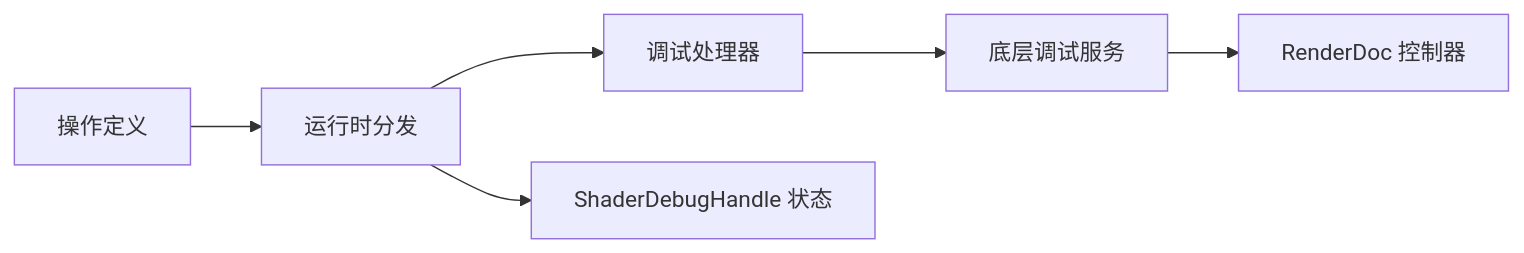
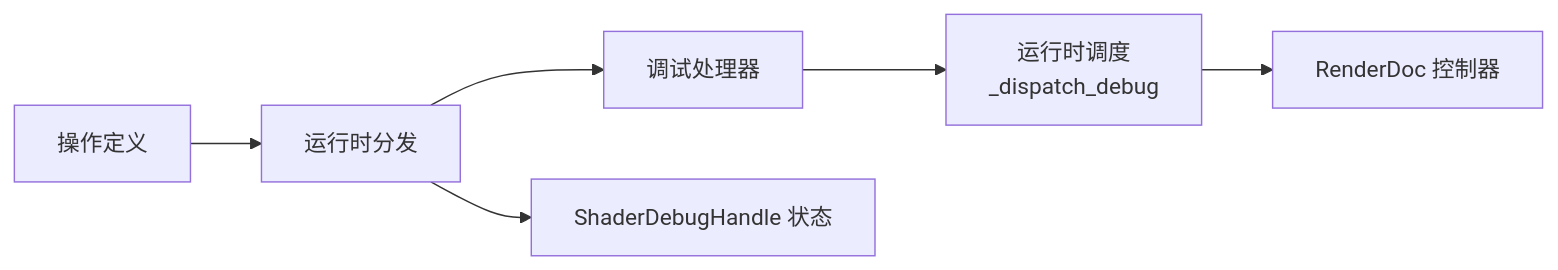
One commit to haolange/RDC-Tool changed the eighth of 8 diagrams in .qoder/repowiki/zh/content/API规范/Shader调试API.md. Above: the diagram before and after it, drawn with Mermaid. The commit also changed other lines of this file and 79 other files, not shown here.

````diff
--- a/.qoder/repowiki/zh/content/API规范/Shader调试API.md
+++ b/.qoder/repowiki/zh/content/API规范/Shader调试API.md
@@ -262,8 +286,8 @@
 ```mermaid
 graph LR
 Ops["操作定义"] --> RT["运行时分发"]
 RT --> H["调试处理器"]
-H --> DS["底层调试服务"]
+H --> DS["运行时调度<br/>_dispatch_debug"]
 DS --> RD["RenderDoc 控制器"]
 RT --> State["ShaderDebugHandle 状态"]
 ```
````
